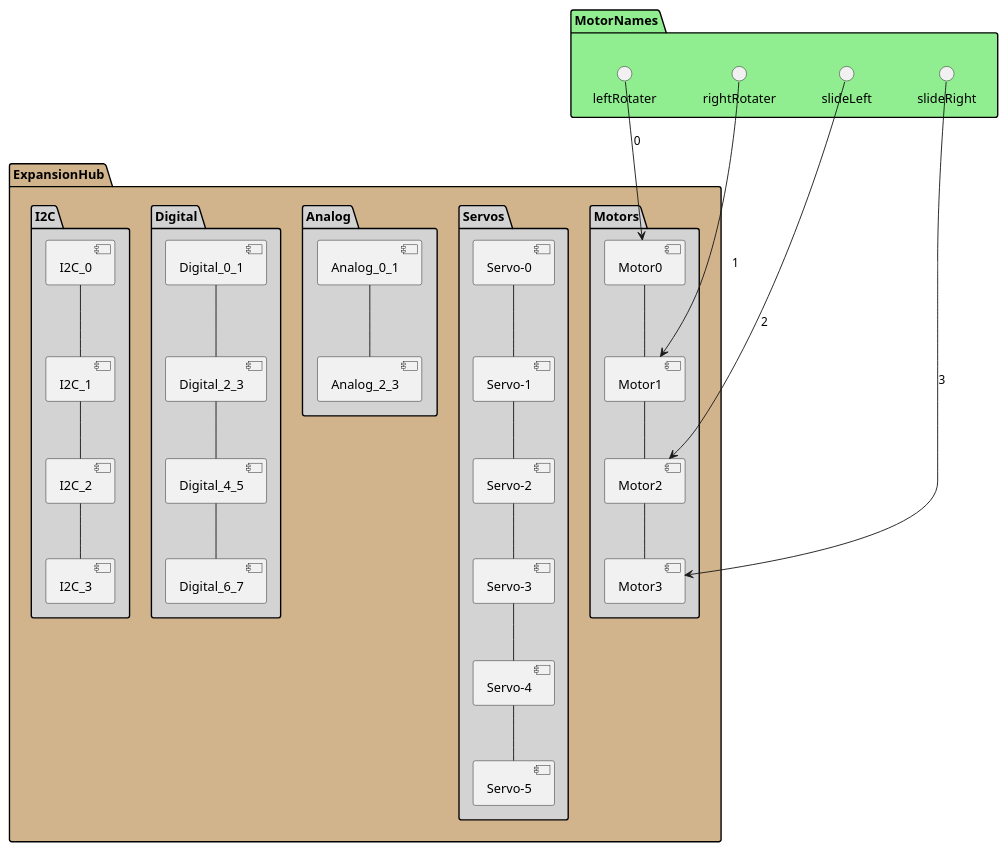
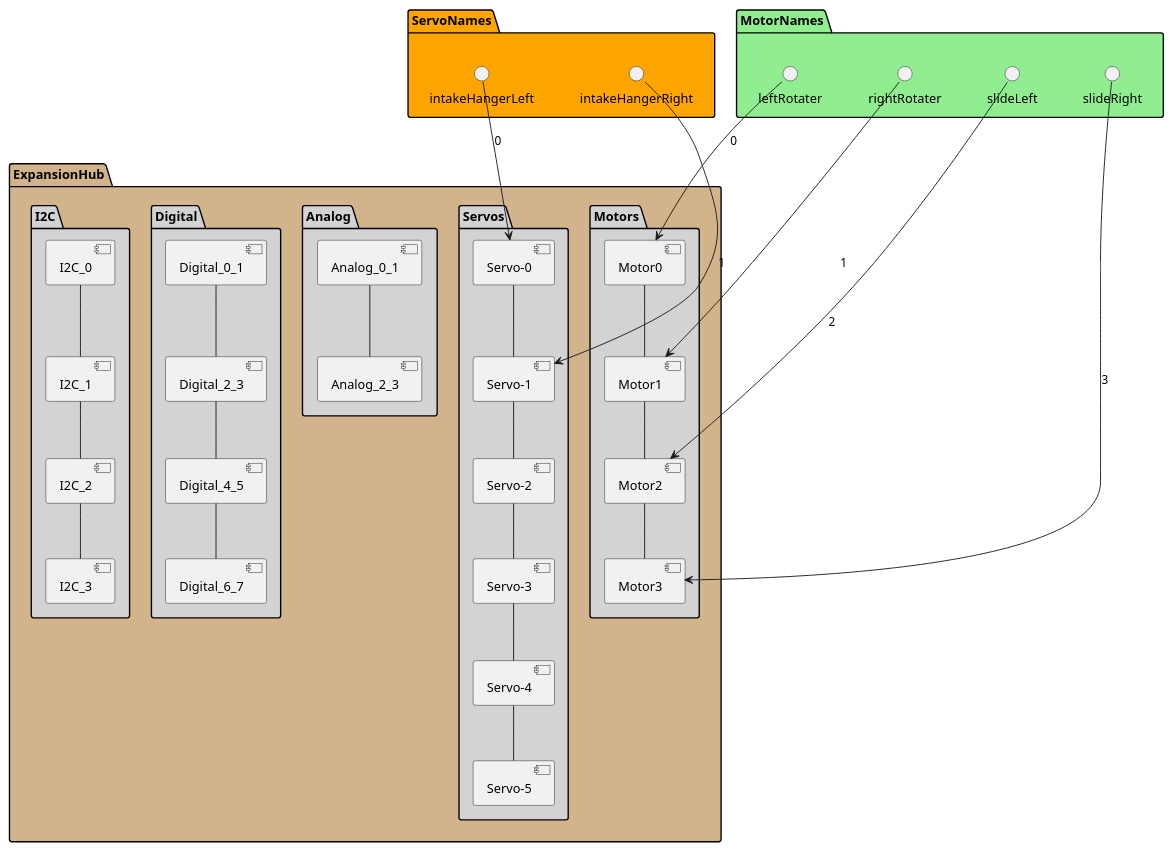
One commit to ShearForce-Software/ShearForce-Into-the-Deep-10.0 changed the diagram in TeamCode/src/main/java/org/firstinspires/ftc/teamcode/Geronimo/Diagrams/Configuration_ExpansionHub.puml. Above: the diagram before and after it, drawn with PlantUML. The commit also changed 2 other files, not shown here.

Commit message:
Added intakeHanger servos to expansion hub config. Added intakeHanger servos to Geronimo class. Created test class for the intakeHanger servos.

```diff
--- a/TeamCode/src/main/java/org/firstinspires/ftc/teamcode/Geronimo/Diagrams/Configuration_ExpansionHub.puml
+++ b/TeamCode/src/main/java/org/firstinspires/ftc/teamcode/Geronimo/Diagrams/Configuration_ExpansionHub.puml
@@ -1,45 +1,49 @@
 @startuml
 
 
 package ExpansionHub #Tan {
   package Motors #LightGrey {
     [Motor0] -- [Motor1]
     [Motor1] -- [Motor2]
     [Motor2] -- [Motor3]
   }
 
   package Servos #LightGrey {
    [Servo-0] -- [Servo-1]
    [Servo-1] -- [Servo-2]
    [Servo-2] -- [Servo-3]
    [Servo-3] -- [Servo-4]
    [Servo-4] -- [Servo-5]
   }
 
   package Analog #LightGrey {
    [Analog_0_1] -- [Analog_2_3]
   }
 
   package Digital #LightGrey {
    [Digital_0_1] -- [Digital_2_3]
    [Digital_2_3] -- [Digital_4_5]
    [Digital_4_5] -- [Digital_6_7]
   }
 
   package I2C #LightGrey {
    [I2C_0] -- [I2C_1]
    [I2C_1] -- [I2C_2]
    [I2C_2] -- [I2C_3]
 
   }
 }
 
+package ServoNames #Orange {
+  () "intakeHangerLeft" --> [Servo-0] : 0
+  () "intakeHangerRight" --> [Servo-1] : 1
+}
 package MotorNames #LightGreen {
   () "leftRotater" --> [Motor0] : 0
   () "rightRotater" --> [Motor1] : 1
   () "slideLeft" --> [Motor2] : 2
   () "slideRight" --> [Motor3] : 3
 }
 
 
 @enduml
```
